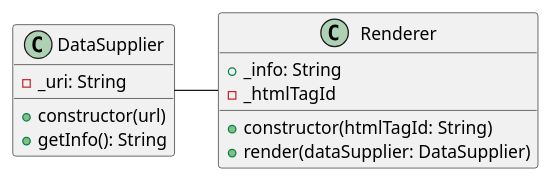
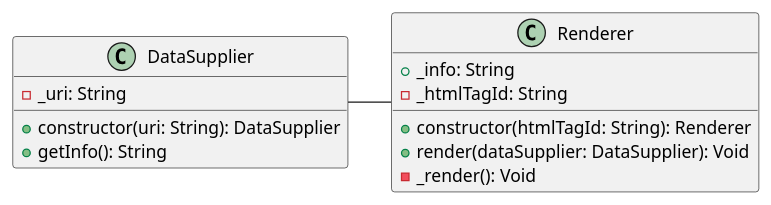
The third of 8 diagrams in src/main/resources/codespitz79/designpattern/day01/day01.adoc (expert0226/codespitz), drawn with PlantUML before and after one commit. The commit also changed other lines of this file and 3 other files, not shown here.

```diff
--- a/src/main/resources/codespitz79/designpattern/day01/day01.adoc
+++ b/src/main/resources/codespitz79/designpattern/day01/day01.adoc
@@ -42,19 +55,20 @@
-[plantuml, exam02_classe, png]
+[plantuml, exam02_class, png]
 ....
 @startuml
 class DataSupplier {
     - _uri: String
-    + constructor(url)
+    + constructor(uri: String): DataSupplier
     + getInfo(): String
 }
 
 class Renderer {
     + _info: String
-    - _htmlTagId
-    + constructor(htmlTagId: String)
-    + render(dataSupplier: DataSupplier)
+    - _htmlTagId: String
+    + constructor(htmlTagId: String): Renderer
+    + render(dataSupplier: DataSupplier): Void
+    - _render(): Void
 }
 
 DataSupplier - Renderer
 @enduml
 ....
```
